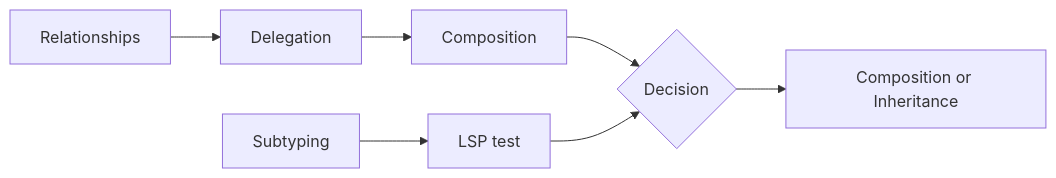
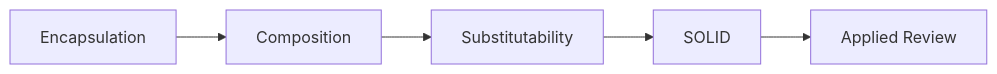
The fourth of 5 diagrams in oop-knowledge-base/00-meta/04-topic-dependencies.md (CaoRIV/awesome-learning-computing), drawn with Mermaid before and after one commit. The commit also changed other lines of this file and 6 other files, not shown here.

````diff
--- a/oop-knowledge-base/00-meta/04-topic-dependencies.md
+++ b/oop-knowledge-base/00-meta/04-topic-dependencies.md
@@ -100,9 +102,7 @@
 ```mermaid
 flowchart LR
-    R[Relationships] --> D[Delegation]
-    D --> CP[Composition]
-    ST[Subtyping] --> L[LSP test]
-    CP --> DEC{Decision}
-    L --> DEC
-    DEC --> COI[Composition or Inheritance]
+    A[Encapsulation] --> B[Composition]
+    B --> C[Substitutability]
+    C --> D[SOLID]
+    D --> E[Applied Review]
 ```
````
